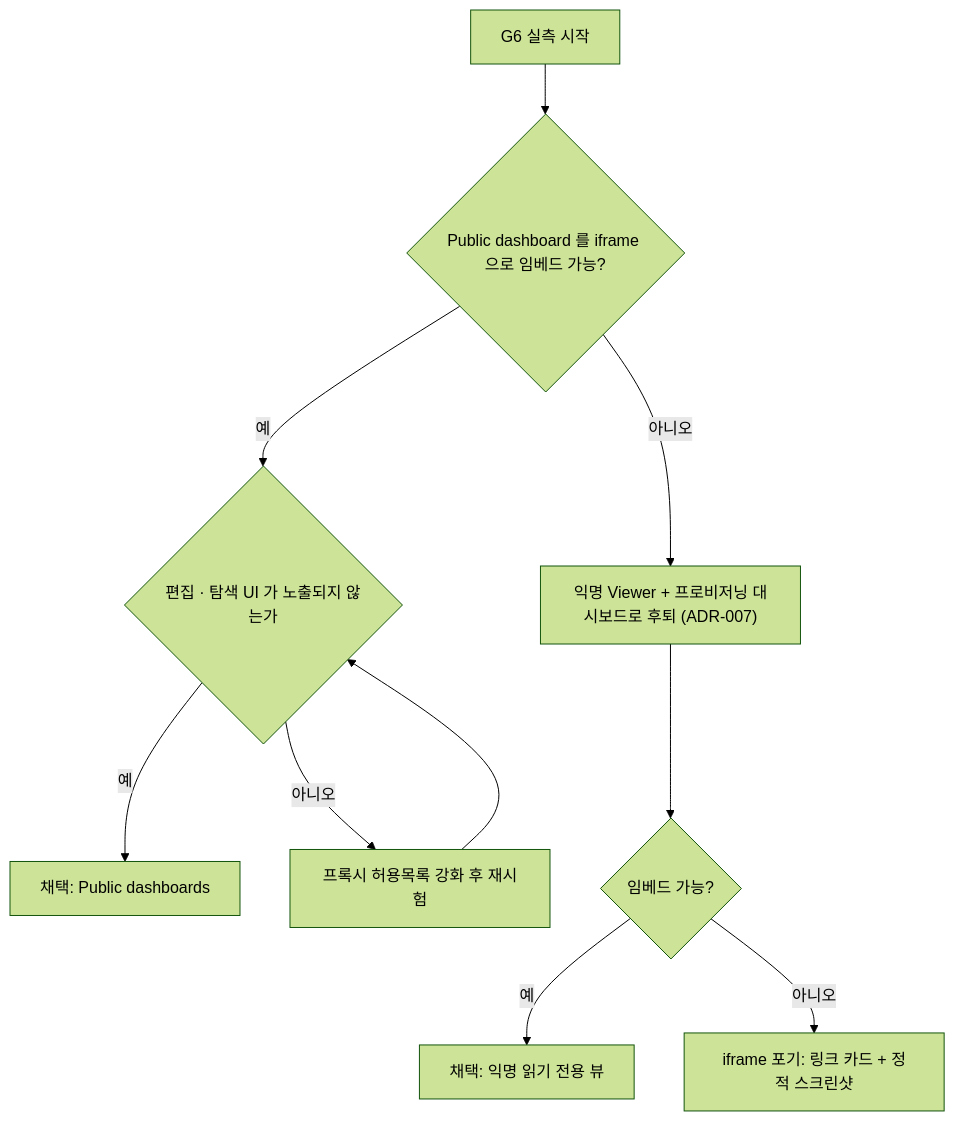
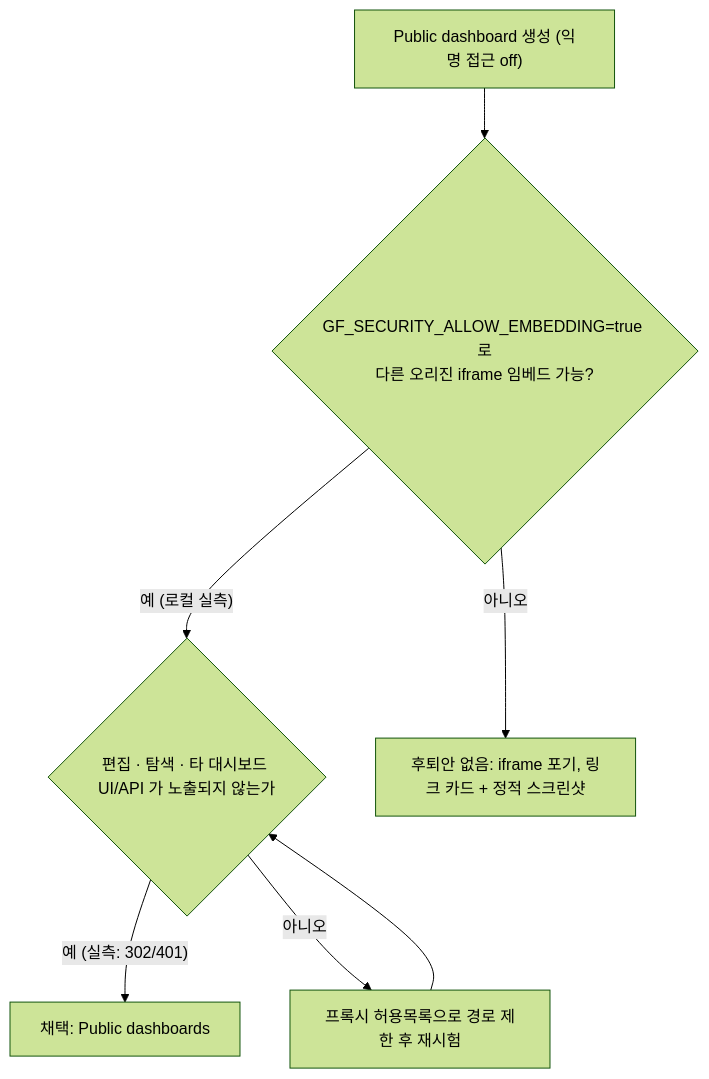
Diagram 16 of 42 in docs/design/features/17-ops-observability.md (1985jwlee/portpolio_backend), drawn with Mermaid (forest theme) before and after one commit. The commit also changed other lines of this file and 92 other files, not shown here.

````diff
--- a/docs/design/features/17-ops-observability.md
+++ b/docs/design/features/17-ops-observability.md
@@ -939,12 +940,9 @@
 ```mermaid
 flowchart TD
-    A["G6 실측 시작"] --> B{"Public dashboard 를 iframe 으로 임베드 가능?"}
-    B -- "예" --> C{"편집 · 탐색 UI 가 노출되지 않는가"}
-    C -- "예" --> OK["채택: Public dashboards"]
-    C -- "아니오" --> D["프록시 허용목록 강화 후 재시험"]
+    A["Public dashboard 생성 (익명 접근 off)"] --> B{"GF_SECURITY_ALLOW_EMBEDDING=true 로<br/>다른 오리진 iframe 임베드 가능?"}
+    B -- "예 (로컬 실측)" --> C{"편집 · 탐색 · 타 대시보드 UI/API 가 노출되지 않는가"}
+    C -- "예 (실측: 302/401)" --> OK["채택: Public dashboards"]
+    C -- "아니오" --> D["프록시 허용목록으로 경로 제한 후 재시험"]
     D --> C
-    B -- "아니오" --> E["익명 Viewer + 프로비저닝 대시보드로 후퇴 (ADR-007)"]
-    E --> F{"임베드 가능?"}
-    F -- "예" --> OK2["채택: 익명 읽기 전용 뷰"]
-    F -- "아니오" --> L["iframe 포기: 링크 카드 + 정적 스크린샷"]
+    B -- "아니오" --> E["후퇴안 없음: iframe 포기, 링크 카드 + 정적 스크린샷"]
 ```
````
